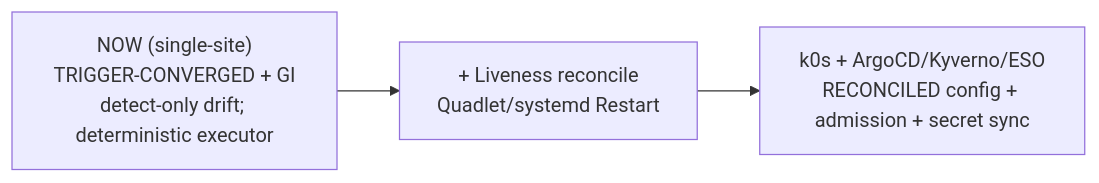
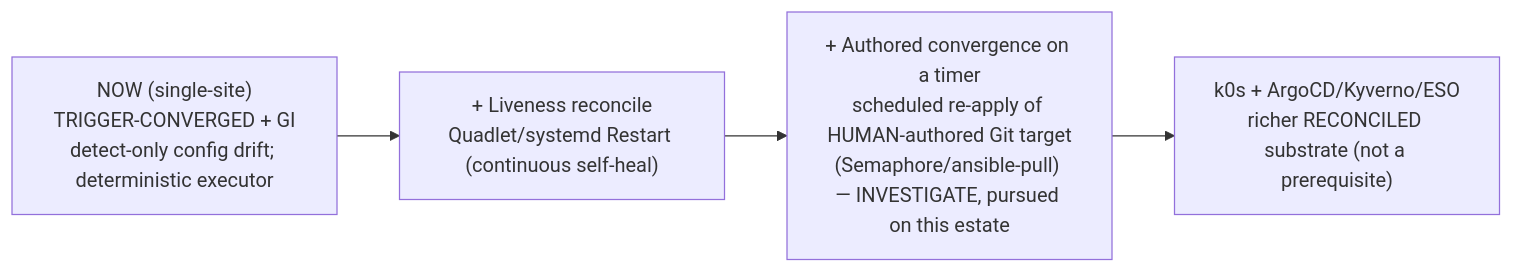
The sixth of 6 diagrams in plan/architecture/01-automation-model.md (uhstray-io/agent-cloud), drawn with Mermaid before and after one commit. The commit also changed other lines of this file and 3 other files, not shown here.

First line of the commit message:
docs(arch): align plan/architecture to PRINCIPLES + add top-level ARCHITECTURE.md

````diff
--- a/plan/architecture/01-automation-model.md
+++ b/plan/architecture/01-automation-model.md
@@ -878,7 +943,8 @@
 ```mermaid
 flowchart LR
-  N["NOW (single-site)<br/>TRIGGER-CONVERGED + GI<br/>detect-only drift; deterministic executor"]
-  L["+ Liveness reconcile<br/>Quadlet/systemd Restart"]
-  K["k0s + ArgoCD/Kyverno/ESO<br/>RECONCILED config + admission + secret sync"]
-  N --> L --> K
+  N["NOW (single-site)<br/>TRIGGER-CONVERGED + GI<br/>detect-only config drift; deterministic executor"]
+  L["+ Liveness reconcile<br/>Quadlet/systemd Restart (continuous self-heal)"]
+  S["+ Authored convergence on a timer<br/>scheduled re-apply of HUMAN-authored Git target<br/>(Semaphore/ansible-pull) — INVESTIGATE, pursued on this estate"]
+  K["k0s + ArgoCD/Kyverno/ESO<br/>richer RECONCILED substrate (not a prerequisite)"]
+  N --> L --> S --> K
 ```
````
